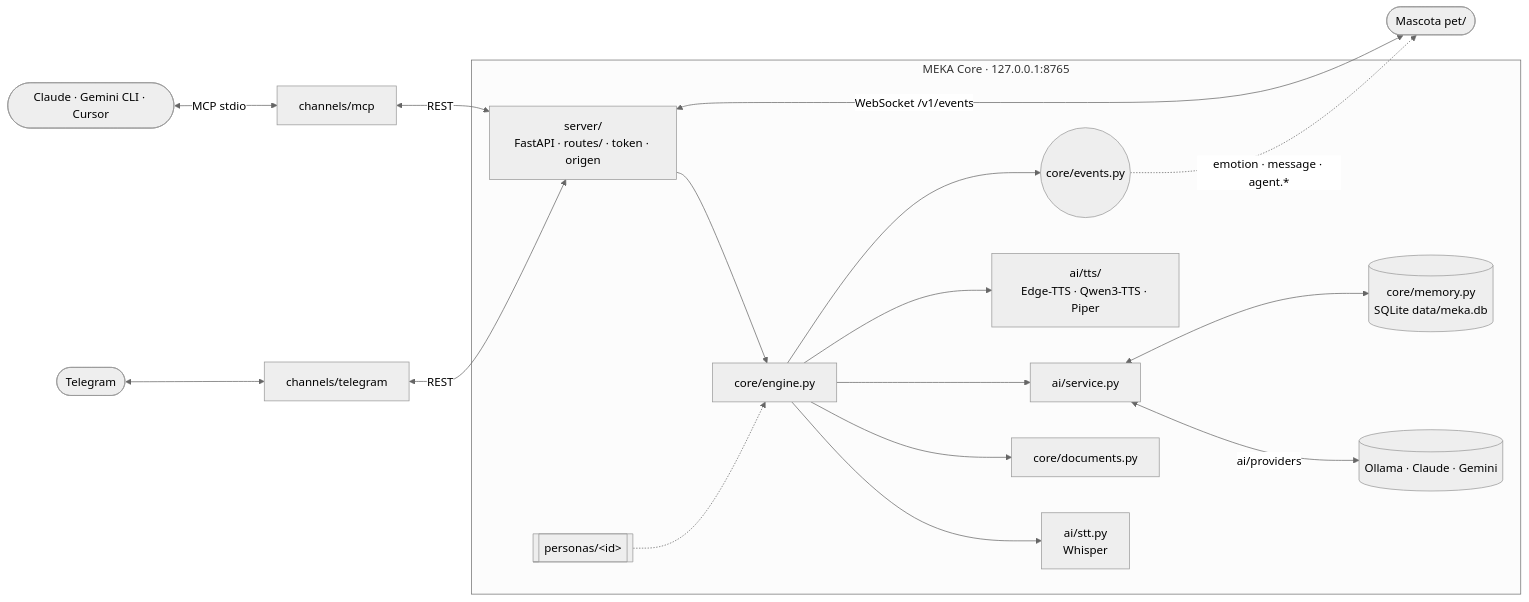
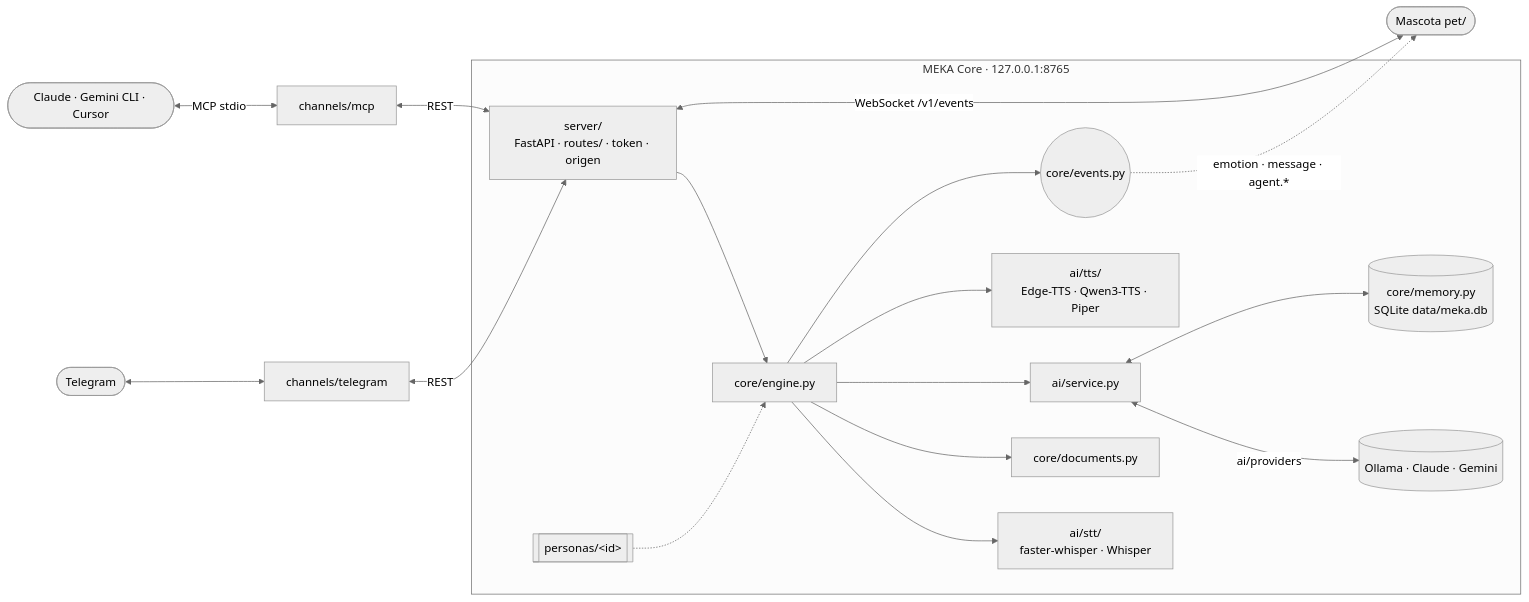
The diagram in README.md (Nekimu/PROJECT-MEKA), drawn with Mermaid (neutral theme) before and after one commit. The commit also changed other lines of this file and 5 other files, not shown here.

````diff
--- a/README.md
+++ b/README.md
@@ -346,20 +389,20 @@
 ```mermaid
 flowchart LR
     U([Telegram]) <--> TG[channels/telegram]
     A([Claude · Gemini CLI · Cursor]) <-->|MCP stdio| MCP[channels/mcp]
     TG <-->|REST| API
     MCP <-->|REST| API
     PET([Mascota pet/]) <-->|WebSocket /v1/events| API
     subgraph CORE[MEKA Core · 127.0.0.1:8765]
         API[server/<br/>FastAPI · routes/ · token · origen] --> ENG[core/engine.py]
-        ENG --> STT[ai/stt.py<br/>Whisper]
+        ENG --> STT[ai/stt/<br/>faster-whisper · Whisper]
         ENG --> DOC[core/documents.py]
         ENG --> AI[ai/service.py]
         ENG --> TTS[ai/tts/<br/>Edge-TTS · Qwen3-TTS · Piper]
         ENG --> BUS((core/events.py))
         P[[personas/&lt;id&gt;]] -.-> ENG
         AI <-->|ai/providers| OL[(Ollama · Claude · Gemini)]
         AI <--> MEM[(core/memory.py<br/>SQLite data/meka.db)]
     end
     BUS -.->|emotion · message · agent.*| PET
 ```
````
